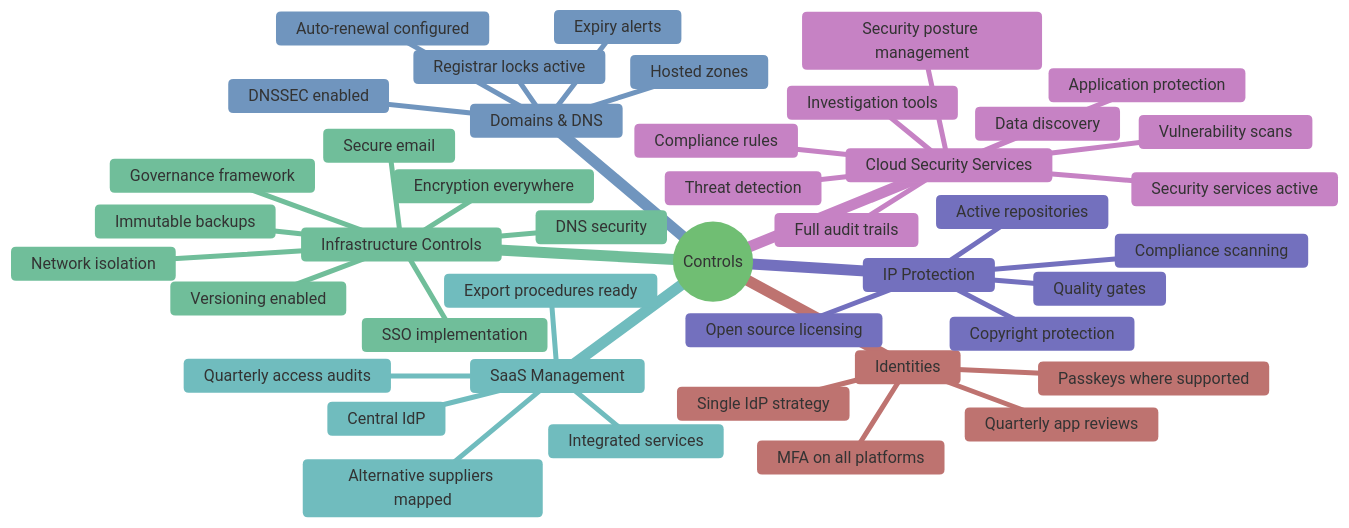
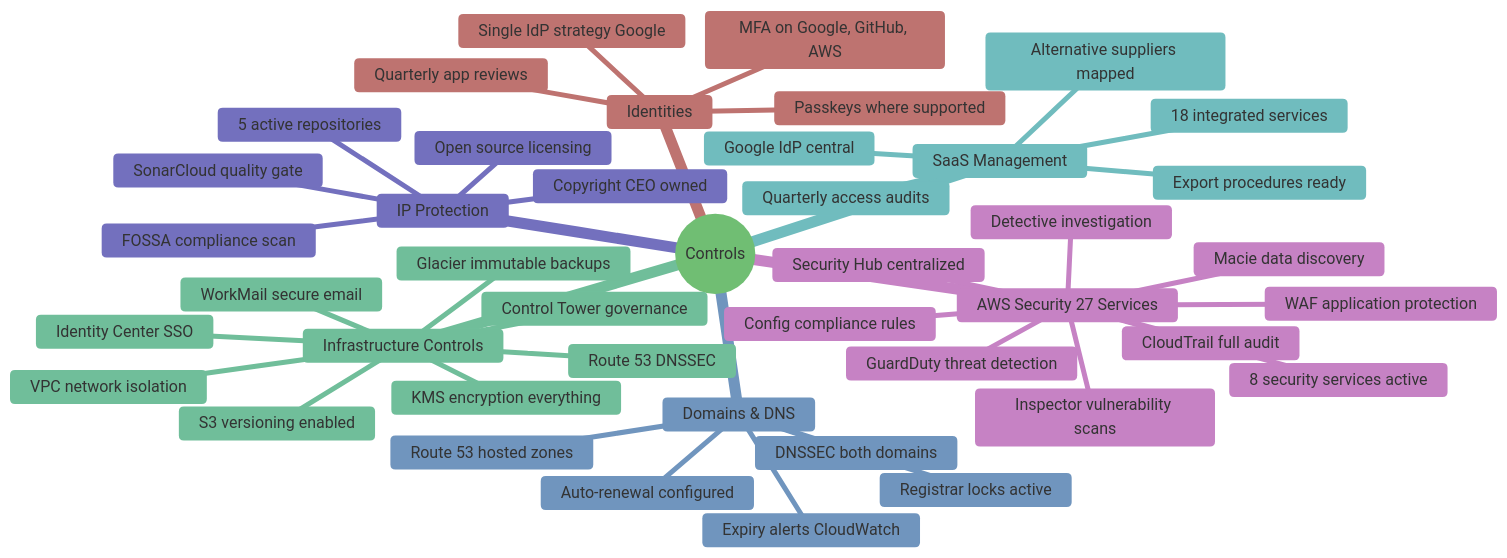
One commit to Hack23/ISMS-PUBLIC changed the fourth of 8 diagrams in Asset_Register.md. Above: the diagram before and after it, drawn with Mermaid. The commit also changed other lines of this file, not shown here.

````diff
--- a/Asset_Register.md
+++ b/Asset_Register.md
@@ -422,49 +438,49 @@
 ```mermaid
 %%{
   init: { 'theme': 'base', 'themeVariables': { 'primaryColor': '#c8e6c9', 'lineColor': '#66bb6a' } }
 }%%
 mindmap
   root((Controls))
     Identities
-      MFA on all platforms
+      MFA on Google, GitHub, AWS
       Quarterly app reviews
       Passkeys where supported
-      Single IdP strategy
-    Cloud Security Services
-      Security services active
-      Threat detection
-      Security posture management
-      Data discovery
-      Application protection
-      Vulnerability scans
-      Investigation tools
-      Compliance rules
-      Full audit trails
+      Single IdP strategy Google
+    AWS Security 27 Services
+      8 security services active
+      GuardDuty threat detection
+      Security Hub centralized
+      Macie data discovery
+      WAF application protection
+      Inspector vulnerability scans
+      Detective investigation
+      Config compliance rules
+      CloudTrail full audit
     Infrastructure Controls
-      Governance framework
-      SSO implementation
-      Encryption everywhere
-      Network isolation
-      DNS security
-      Versioning enabled
-      Immutable backups
-      Secure email
+      Control Tower governance
+      Identity Center SSO
+      KMS encryption everything
+      VPC network isolation
+      Route 53 DNSSEC
+      S3 versioning enabled
+      Glacier immutable backups
+      WorkMail secure email
     SaaS Management
-      Central IdP
-      Integrated services
+      Google IdP central
+      18 integrated services
       Quarterly access audits
       Export procedures ready
       Alternative suppliers mapped
     Domains & DNS
-      Hosted zones
-      DNSSEC enabled
+      Route 53 hosted zones
+      DNSSEC both domains
       Registrar locks active
       Auto-renewal configured
-      Expiry alerts
+      Expiry alerts CloudWatch
     IP Protection
-      Active repositories
+      5 active repositories
       Open source licensing
-      Copyright protection
-      Compliance scanning
-      Quality gates
+      Copyright CEO owned
+      FOSSA compliance scan
+      SonarCloud quality gate
 ```
````
